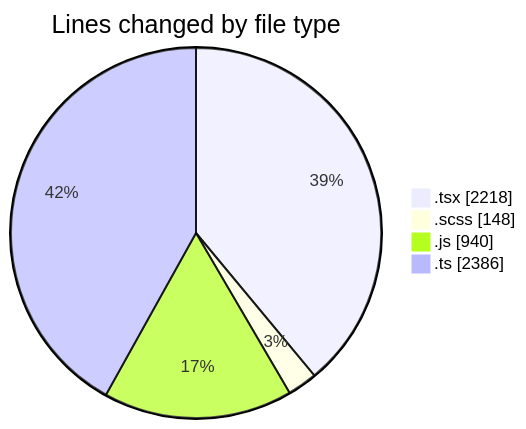
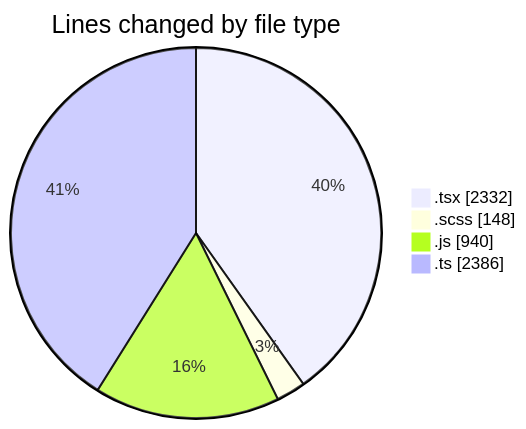
The first of 2 diagrams in 2026-07-15/cda/README.md (momahboobian/code-tracking), drawn with Mermaid before and after one commit. The commit also changed other lines of this file and 1 other file, not shown here.

````diff
--- a/2026-07-15/cda/README.md
+++ b/2026-07-15/cda/README.md
@@ -51,8 +51,8 @@
 ```mermaid
 pie showData
 title Lines changed by file type
-".tsx" : 2218
+".tsx" : 2332
 ".scss" : 148
 ".js" : 940
 ".ts" : 2386
 ```
````
